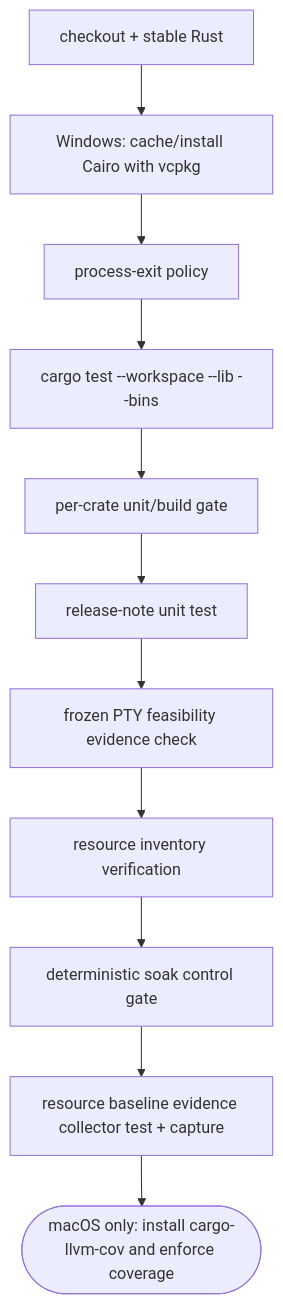
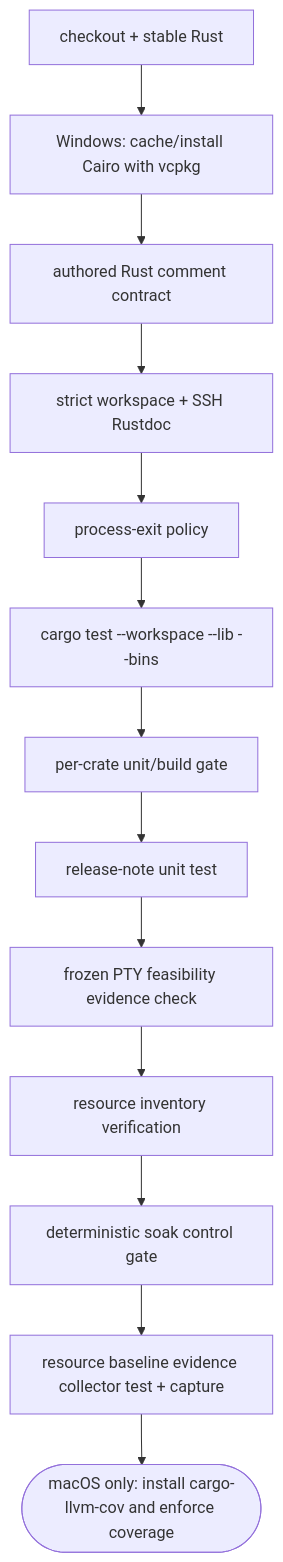
One commit to D0n9X1n/SonicTerm changed the first of 4 diagrams in wiki/Development-and-Release.md. Above: the diagram before and after it, drawn with Mermaid. The commit also changed other lines of this file and 184 other files, not shown here.

First line of the commit message:
chore: enforce authored Rust comment contracts (#1108)

````diff
--- a/wiki/Development-and-Release.md
+++ b/wiki/Development-and-Release.md
@@ -128,25 +153,29 @@
 ```mermaid
 flowchart TD
     checkout["checkout + stable Rust"]
     cairo["Windows: cache/install Cairo with vcpkg"]
+    comments["authored Rust comment contract"]
+    rustdoc["strict workspace + SSH Rustdoc"]
     exitpolicy["process-exit policy"]
     wstest["cargo test --workspace --lib --bins"]
     percrate["per-crate unit/build gate"]
     notes["release-note unit test"]
     pty["frozen PTY feasibility evidence check"]
     inventory["resource inventory verification"]
     soak["deterministic soak control gate"]
     baseline["resource baseline evidence collector test + capture"]
     coverage(["macOS only: install cargo-llvm-cov and enforce coverage"])
 
     checkout --> cairo
-    cairo --> exitpolicy
+    cairo --> comments
+    comments --> rustdoc
+    rustdoc --> exitpolicy
     exitpolicy --> wstest
     wstest --> percrate
     percrate --> notes
     notes --> pty
     pty --> inventory
     inventory --> soak
     soak --> baseline
     baseline --> coverage
 ```
````
